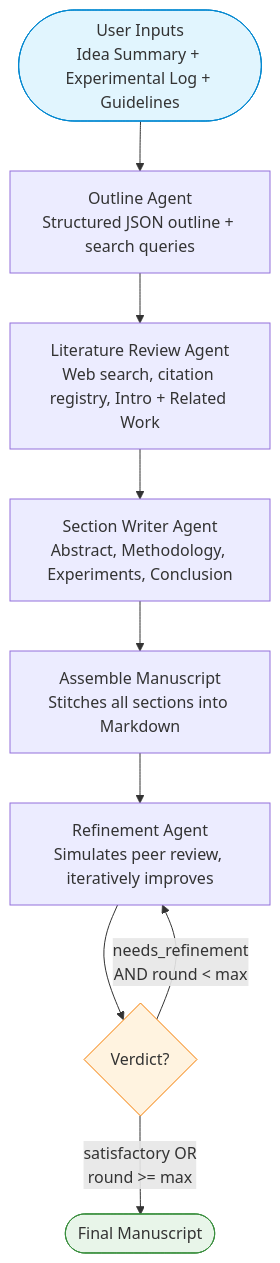
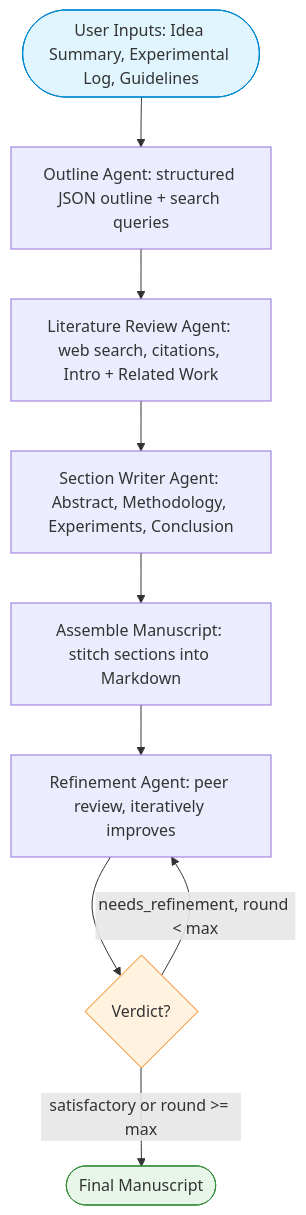
Before and after one commit to dimitarpg13/agentic_architectures_and_design_patterns: the first of 2 diagrams in notebooks/research_paper_creation/README.md, drawn with Mermaid. The commit also changed other lines of this file, not shown here.

Commit message:
fix mermaid rendering issue in markdown

````diff
--- a/notebooks/research_paper_creation/README.md
+++ b/notebooks/research_paper_creation/README.md
@@ -17,24 +17,24 @@
 ```mermaid
 flowchart TD
-    IN(["User Inputs<br/>Idea Summary + Experimental Log + Guidelines"])
-    OA["Outline Agent<br/>Structured JSON outline + search queries"]
-    LRA["Literature Review Agent<br/>Web search, citation registry, Intro + Related Work"]
-    SWA["Section Writer Agent<br/>Abstract, Methodology, Experiments, Conclusion"]
-    ASM["Assemble Manuscript<br/>Stitches all sections into Markdown"]
-    REV["Refinement Agent<br/>Simulates peer review, iteratively improves"]
+    IN(["User Inputs: Idea Summary, Experimental Log, Guidelines"])
+    OA["Outline Agent: structured JSON outline + search queries"]
+    LRA["Literature Review Agent: web search, citations, Intro + Related Work"]
+    SWA["Section Writer Agent: Abstract, Methodology, Experiments, Conclusion"]
+    ASM["Assemble Manuscript: stitch sections into Markdown"]
+    REV["Refinement Agent: peer review, iteratively improves"]
     ROUTE{"Verdict?"}
     FIN(["Final Manuscript"])
 
     IN --> OA
     OA --> LRA
     LRA --> SWA
     SWA --> ASM
     ASM --> REV
     REV --> ROUTE
-    ROUTE -->|"needs_refinement<br/>AND round < max"| REV
-    ROUTE -->|"satisfactory OR<br/>round >= max"| FIN
+    ROUTE -->|"needs_refinement, round < max"| REV
+    ROUTE -->|"satisfactory or round >= max"| FIN
 
     style IN fill:#e1f5fe,stroke:#0288d1
     style FIN fill:#e8f5e9,stroke:#388e3c
     style ROUTE fill:#fff3e0,stroke:#f57c00
 ```
````
